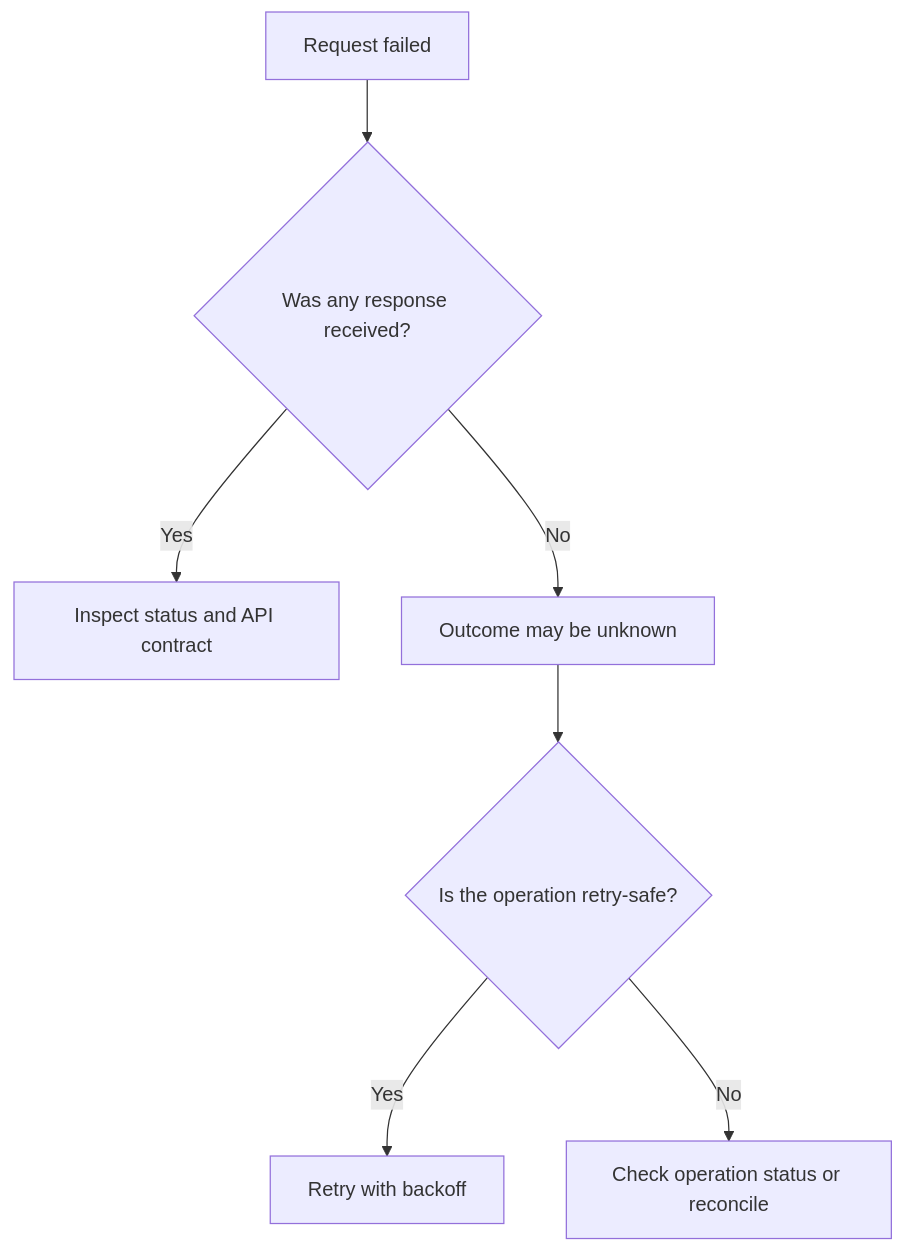
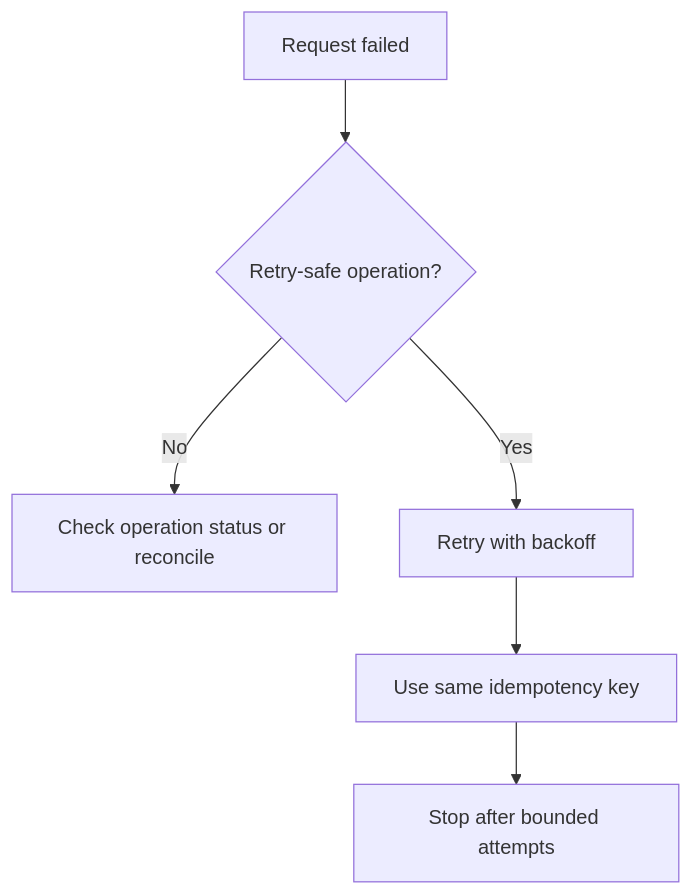
One commit to AvadhBhalodiya/Interview-Preparation changed the fourth of 4 diagrams in src/content/api-design/idempotency-http-methods.md. Above: the diagram before and after it, drawn with Mermaid. The commit also changed other lines of this file and 54 other files, not shown here.

````diff
--- a/src/content/api-design/idempotency-http-methods.md
+++ b/src/content/api-design/idempotency-http-methods.md
@@ -997,9 +598,10 @@
 ```mermaid
 flowchart TD
-    F[Request failed] --> A{Was any response received?}
-    A -->|Yes| INSPECT[Inspect status and API contract]
-    A -->|No| UNKNOWN[Outcome may be unknown]
-    UNKNOWN --> B{Is the operation retry-safe?}
-    B -->|Yes| RETRY[Retry with backoff]
-    B -->|No| RECON[Check operation status or reconcile]
+    A[Request failed] --> B{Retry-safe operation?}
+
+    B -->|No| C[Check operation status or reconcile]
+    B -->|Yes| D[Retry with backoff]
+
+    D --> E[Use same idempotency key]
+    E --> F[Stop after bounded attempts]
 ```
````
